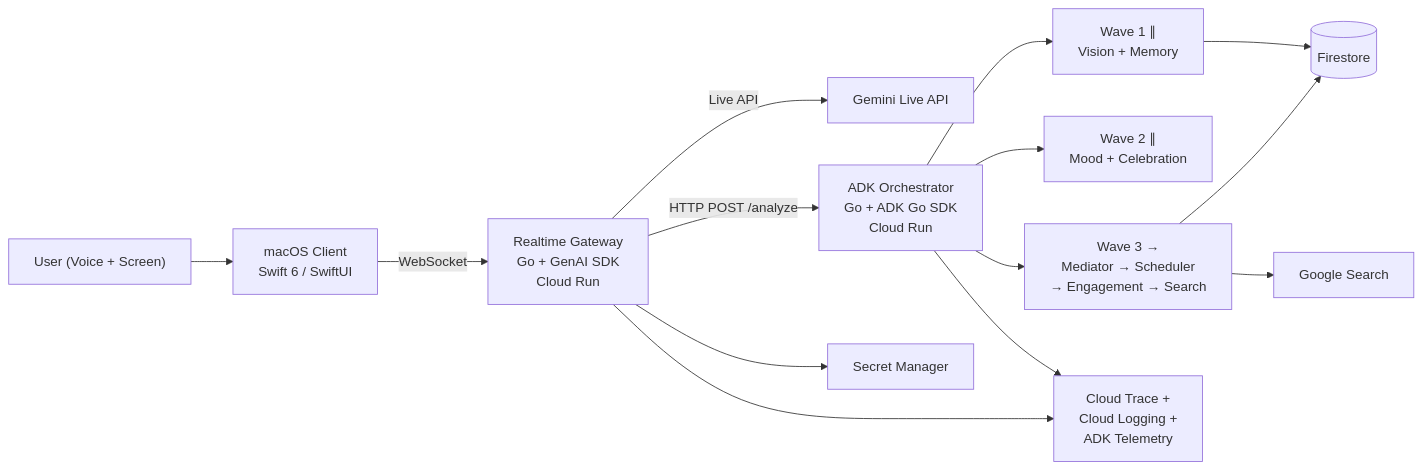
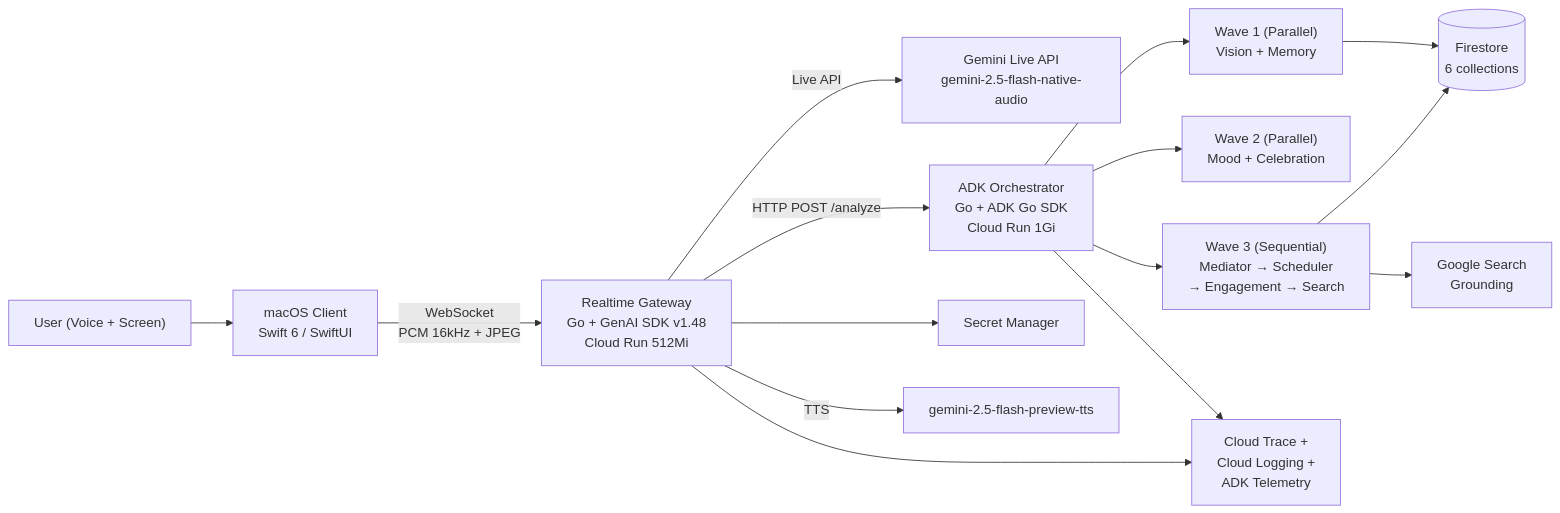
One commit to Two-Weeks-Team/vibeCat changed the diagram in README.md. Above: the diagram before and after it, drawn with Mermaid. The commit also changed other lines of this file and 18 other files, not shown here.

````diff
--- a/README.md
+++ b/README.md
@@ -46,14 +48,15 @@
 ```mermaid
 flowchart LR
     U["User (Voice + Screen)"] --> C[macOS Client<br/>Swift 6 / SwiftUI]
-    C -->|WebSocket| RG[Realtime Gateway<br/>Go + GenAI SDK<br/>Cloud Run]
-    RG -->|Live API| GL[Gemini Live API]
-    RG -->|HTTP POST /analyze| AO[ADK Orchestrator<br/>Go + ADK Go SDK<br/>Cloud Run]
-    AO --> W1["Wave 1 ∥<br/>Vision + Memory"]
-    AO --> W2["Wave 2 ∥<br/>Mood + Celebration"]
-    AO --> W3["Wave 3 →<br/>Mediator → Scheduler<br/>→ Engagement → Search"]
-    W1 & W3 --> FS[(Firestore)]
-    W3 --> GS[Google Search]
+    C -->|WebSocket<br/>PCM 16kHz + JPEG| RG[Realtime Gateway<br/>Go + GenAI SDK v1.48<br/>Cloud Run 512Mi]
+    RG -->|Live API| GL["Gemini Live API<br/>gemini-2.5-flash-native-audio"]
+    RG -->|HTTP POST /analyze| AO["ADK Orchestrator<br/>Go + ADK Go SDK<br/>Cloud Run 1Gi"]
+    AO --> W1["Wave 1 (Parallel)<br/>Vision + Memory"]
+    AO --> W2["Wave 2 (Parallel)<br/>Mood + Celebration"]
+    AO --> W3["Wave 3 (Sequential)<br/>Mediator → Scheduler<br/>→ Engagement → Search"]
+    W1 & W3 --> FS[(Firestore<br/>6 collections)]
+    W3 --> GS[Google Search<br/>Grounding]
     RG --> SM[Secret Manager]
+    RG -->|TTS| TTS["gemini-2.5-flash-preview-tts"]
     RG & AO --> OBS[Cloud Trace +<br/>Cloud Logging +<br/>ADK Telemetry]
 ```
````
